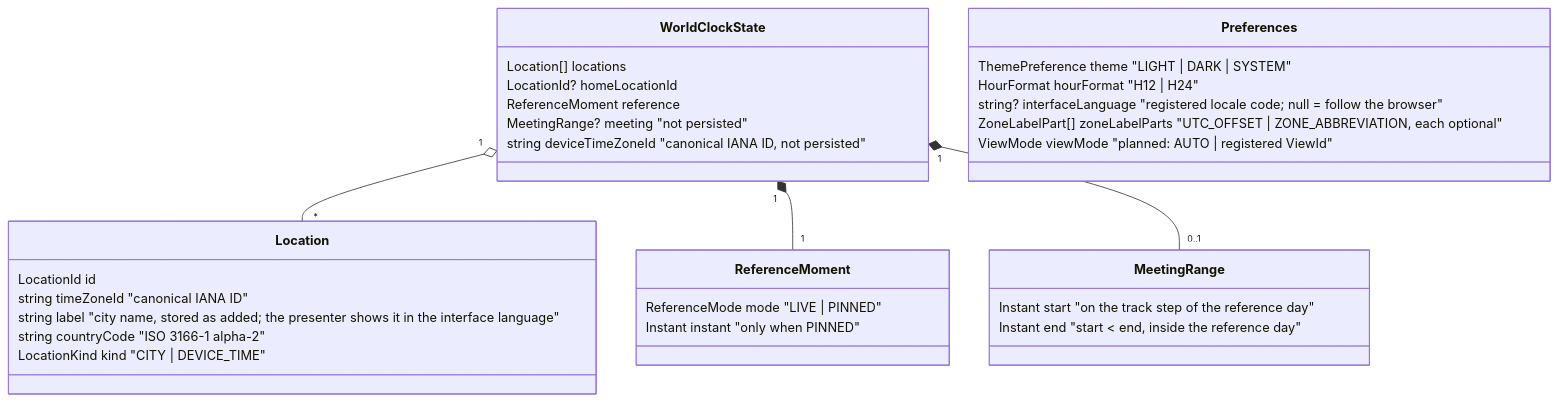
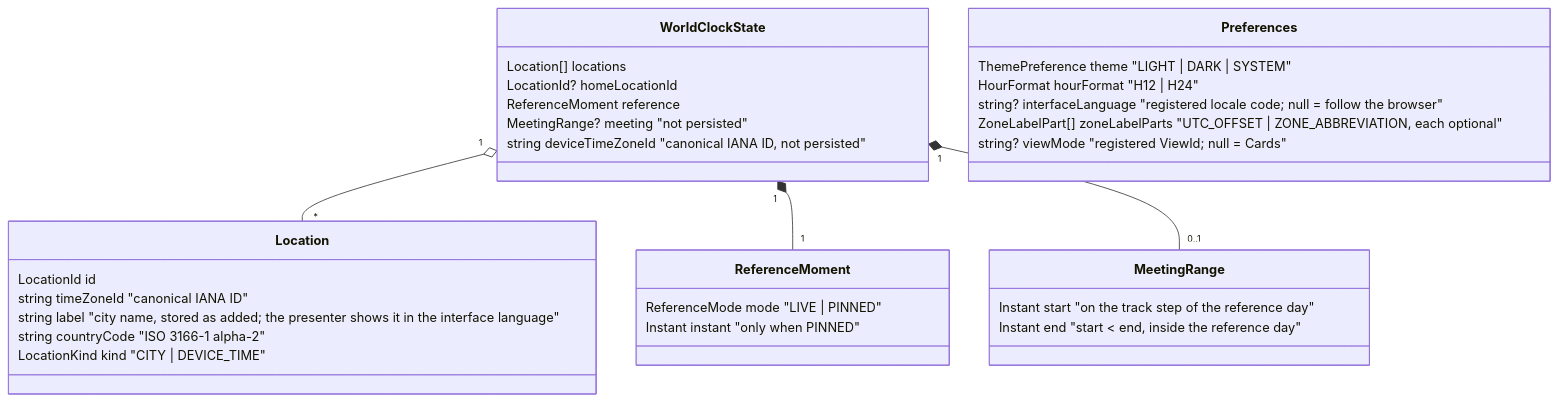
The first of 2 diagrams in docs/architecture/domain-model.md (oinsio/time-zones), drawn with Mermaid before and after one commit. The commit also changed other lines of this file and 126 other files, not shown here.

First line of the commit message:
Add View setting (Cards or Grid) and Grid view skeleton, remove Auto mode (#109)

````diff
--- a/docs/architecture/domain-model.md
+++ b/docs/architecture/domain-model.md
@@ -7,35 +7,35 @@
 ```mermaid
 classDiagram
     class WorldClockState {
         Location[] locations
         LocationId? homeLocationId
         ReferenceMoment reference
         MeetingRange? meeting "not persisted"
         string deviceTimeZoneId "canonical IANA ID, not persisted"
     }
     class Location {
         LocationId id
         string timeZoneId  "canonical IANA ID"
         string label       "city name, stored as added; the presenter shows it in the interface language"
         string countryCode "ISO 3166-1 alpha-2"
         LocationKind kind  "CITY | DEVICE_TIME"
     }
     class ReferenceMoment {
         ReferenceMode mode  "LIVE | PINNED"
         Instant instant     "only when PINNED"
     }
     class MeetingRange {
         Instant start  "on the track step of the reference day"
         Instant end    "start < end, inside the reference day"
     }
     class Preferences {
         ThemePreference theme  "LIGHT | DARK | SYSTEM"
         HourFormat hourFormat  "H12 | H24"
         string? interfaceLanguage "registered locale code; null = follow the browser"
         ZoneLabelPart[] zoneLabelParts "UTC_OFFSET | ZONE_ABBREVIATION, each optional"
-        ViewMode viewMode      "planned: AUTO | registered ViewId"
+        string? viewMode       "registered ViewId; null = Cards"
     }
     WorldClockState "1" o-- "*" Location
     WorldClockState "1" *-- "1" ReferenceMoment
     WorldClockState "1" *-- "0..1" MeetingRange
 ```
````
